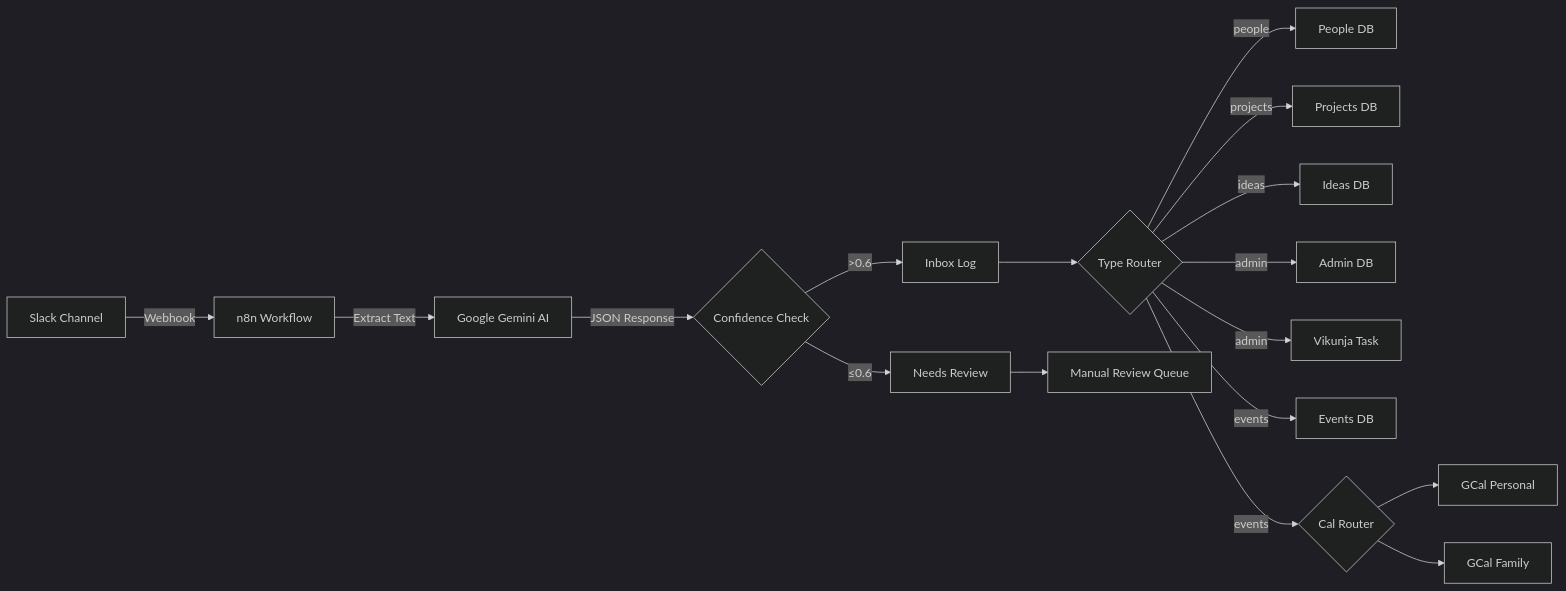
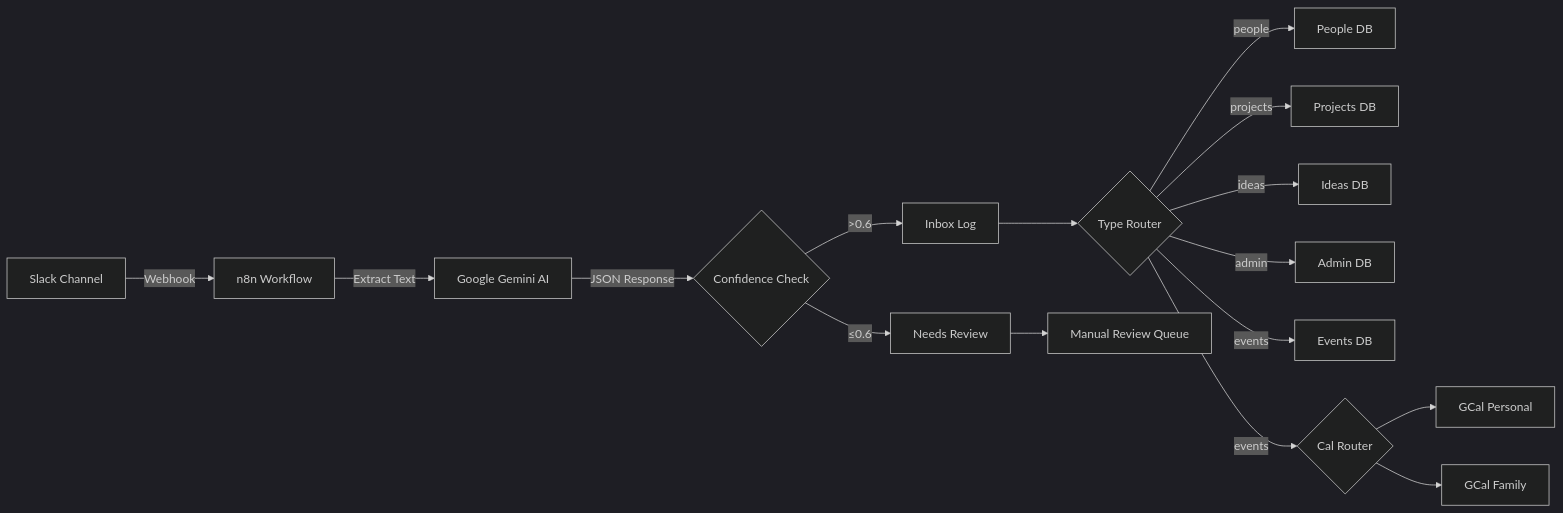
One commit to DeRusto/second-brain changed the first of 2 diagrams in README.md. Above: the diagram before and after it, drawn with Mermaid (dark theme). The commit also changed other lines of this file and 3 other files, not shown here.

First line of the commit message:
Replace Vikunja integration with enhanced Notion Admin tasks

````diff
--- a/README.md
+++ b/README.md
@@ -67,19 +67,18 @@
 ```mermaid
 graph LR
     A[Slack Channel] -->|Webhook| B[n8n Workflow]
     B -->|Extract Text| C[Google Gemini AI]
     C -->|JSON Response| D{Confidence Check}
     D -->|>0.6| E[Inbox Log]
     D -->|≤0.6| F[Needs Review]
     E --> G{Type Router}
     G -->|people| H[People DB]
     G -->|projects| I[Projects DB]
     G -->|ideas| J[Ideas DB]
     G -->|admin| K[Admin DB]
-    G -->|admin| M[Vikunja Task]
     G -->|events| N[Events DB]
     G -->|events| O{Cal Router}
     O --> P[GCal Personal]
     O --> Q[GCal Family]
     F --> L[Manual Review Queue]
 ```
````
